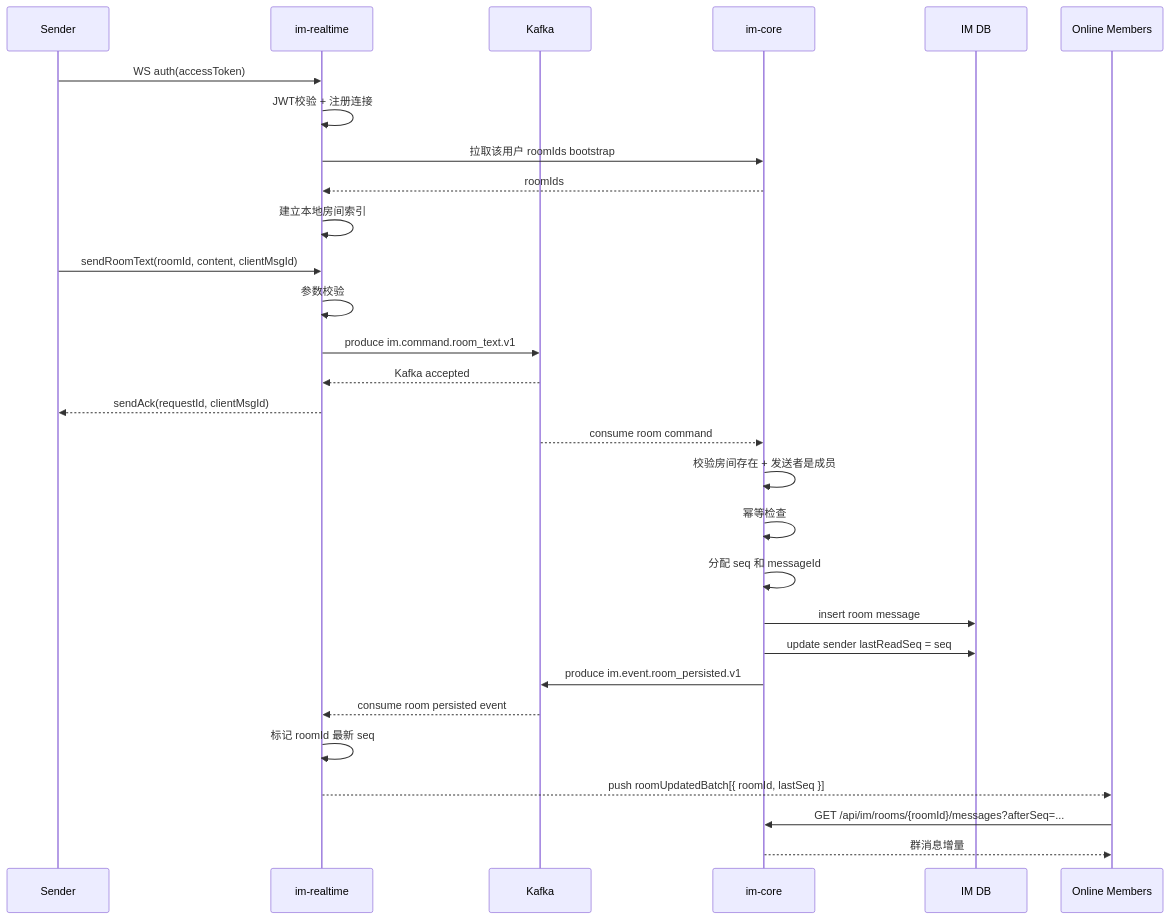
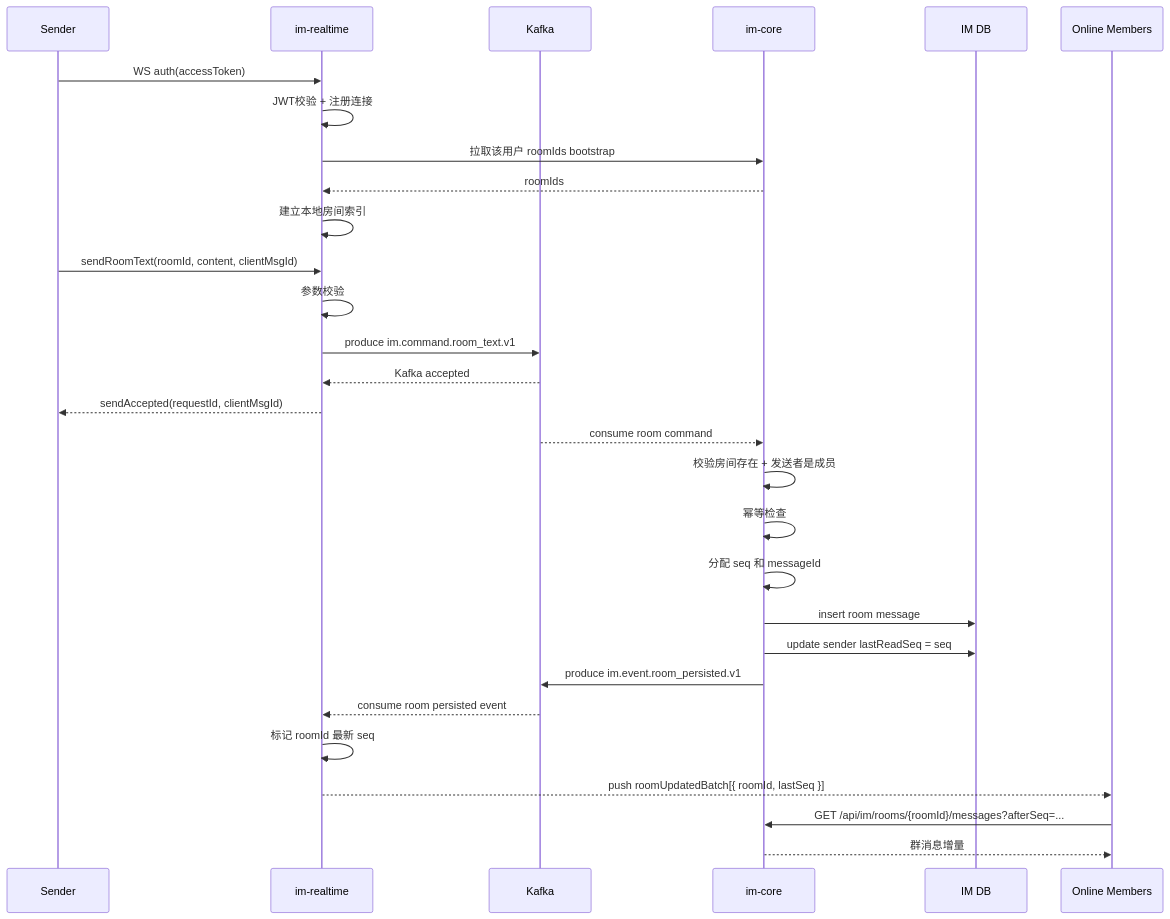
One commit to skt-shinyruo/community changed the first of 2 diagrams in docs/business-logic/im-room-message-flow.md. Above: the diagram before and after it, drawn with Mermaid. The commit also changed other lines of this file and 27 other files, not shown here.

````diff
--- a/docs/business-logic/im-room-message-flow.md
+++ b/docs/business-logic/im-room-message-flow.md
@@ -44,36 +44,36 @@
 ```mermaid
 sequenceDiagram
     participant S as Sender
     participant RT as im-realtime
     participant K as Kafka
     participant CORE as im-core
     participant DB as IM DB
     participant M as Online Members
 
     S->>RT: WS auth(accessToken)
     RT->>RT: JWT校验 + 注册连接
     RT->>CORE: 拉取该用户 roomIds bootstrap
     CORE-->>RT: roomIds
     RT->>RT: 建立本地房间索引
 
     S->>RT: sendRoomText(roomId, content, clientMsgId)
     RT->>RT: 参数校验
     RT->>K: produce im.command.room_text.v1
     K-->>RT: Kafka accepted
-    RT-->>S: sendAck(requestId, clientMsgId)
+    RT-->>S: sendAccepted(requestId, clientMsgId)
 
     K-->>CORE: consume room command
     CORE->>CORE: 校验房间存在 + 发送者是成员
     CORE->>CORE: 幂等检查
     CORE->>CORE: 分配 seq 和 messageId
     CORE->>DB: insert room message
     CORE->>DB: update sender lastReadSeq = seq
     CORE->>K: produce im.event.room_persisted.v1
 
     K-->>RT: consume room persisted event
     RT->>RT: 标记 roomId 最新 seq
     RT-->>M: push roomUpdatedBatch[{ roomId, lastSeq }]
 
     M->>CORE: GET /api/im/rooms/{roomId}/messages?afterSeq=...
     CORE-->>M: 群消息增量
 ```
````
